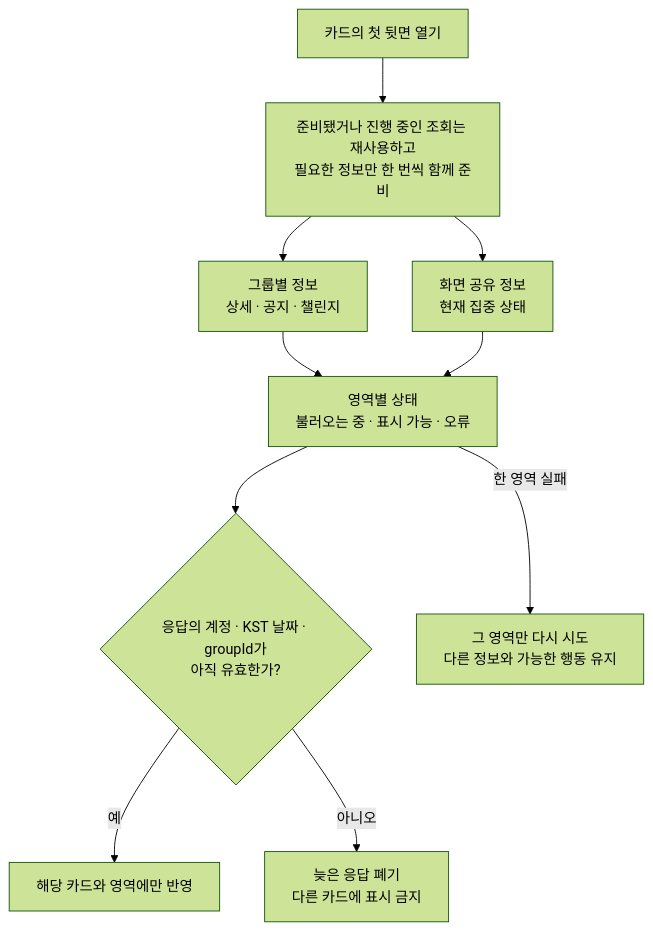
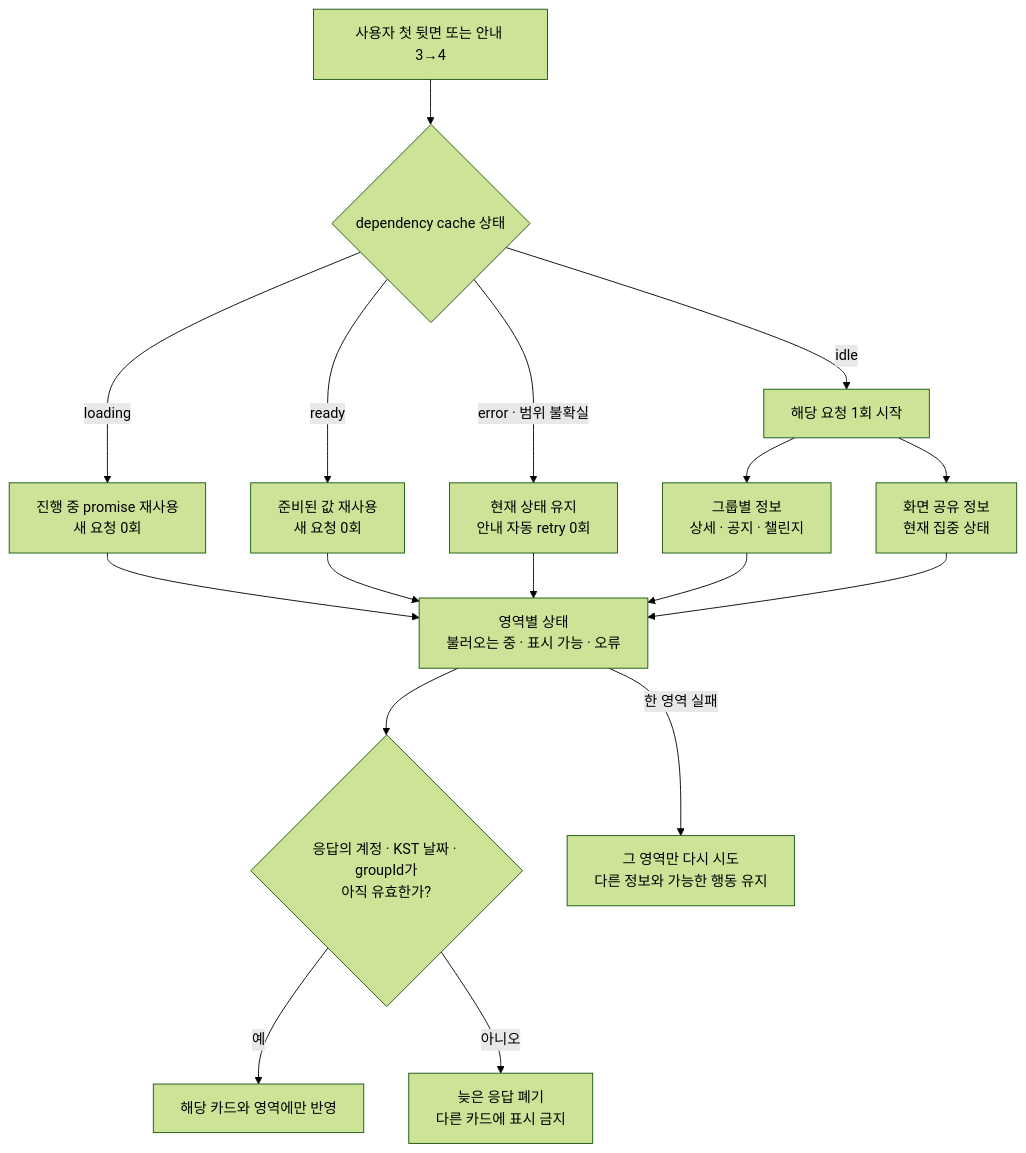
One commit to OneOrThree/phone changed the fourth of 8 diagrams in docs/prd/group/features/02-my-groups/low-level-design.md. Above: the diagram before and after it, drawn with Mermaid (forest theme). The commit also changed other lines of this file and 16 other files, not shown here.

````diff
--- a/docs/prd/group/features/02-my-groups/low-level-design.md
+++ b/docs/prd/group/features/02-my-groups/low-level-design.md
@@ -134,14 +134,22 @@
 ```mermaid
 flowchart TB
-    Open["카드의 첫 뒷면 열기"] --> Parallel["준비됐거나 진행 중인 조회는 재사용하고<br/>필요한 정보만 한 번씩 함께 준비"]
-    Parallel --> Group["그룹별 정보<br/>상세 · 공지 · 챌린지"]
-    Parallel --> Focus["화면 공유 정보<br/>현재 집중 상태"]
+    Open["사용자 첫 뒷면 또는 안내 3→4"] --> Ensure{"dependency cache 상태"}
+    Ensure -->|idle| Start["해당 요청 1회 시작"]
+    Ensure -->|loading| Reuse["진행 중 promise 재사용<br/>새 요청 0회"]
+    Ensure -->|ready| Warm["준비된 값 재사용<br/>새 요청 0회"]
+    Ensure -->|error · 범위 불확실| Keep["현재 상태 유지<br/>안내 자동 retry 0회"]
+
+    Start --> Group["그룹별 정보<br/>상세 · 공지 · 챌린지"]
+    Start --> Focus["화면 공유 정보<br/>현재 집중 상태"]
+    Reuse --> State
+    Warm --> State
+    Keep --> State
 
     Group --> State["영역별 상태<br/>불러오는 중 · 표시 가능 · 오류"]
     Focus --> State
     State --> Valid{"응답의 계정 · KST 날짜 · groupId가<br/>아직 유효한가?"}
     Valid -->|예| Correct["해당 카드와 영역에만 반영"]
     Valid -->|아니오| Discard["늦은 응답 폐기<br/>다른 카드에 표시 금지"]
 
     State -->|한 영역 실패| Partial["그 영역만 다시 시도<br/>다른 정보와 가능한 행동 유지"]
 ```
````
